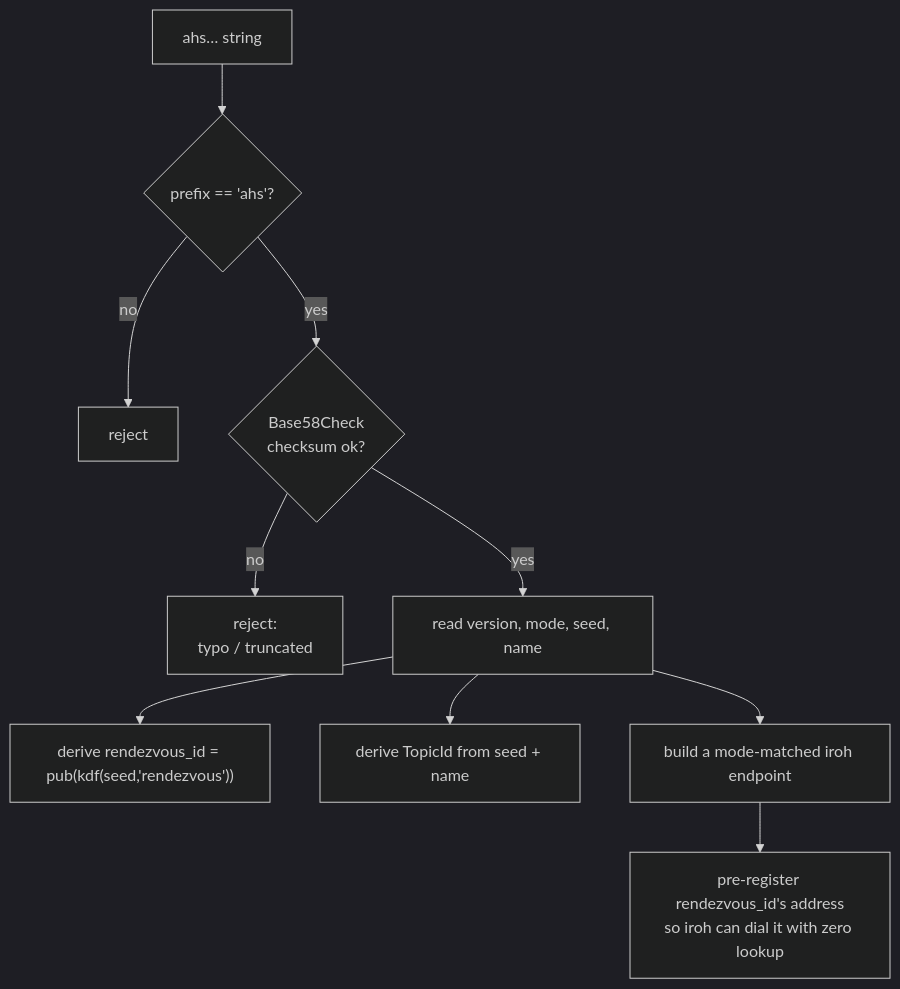
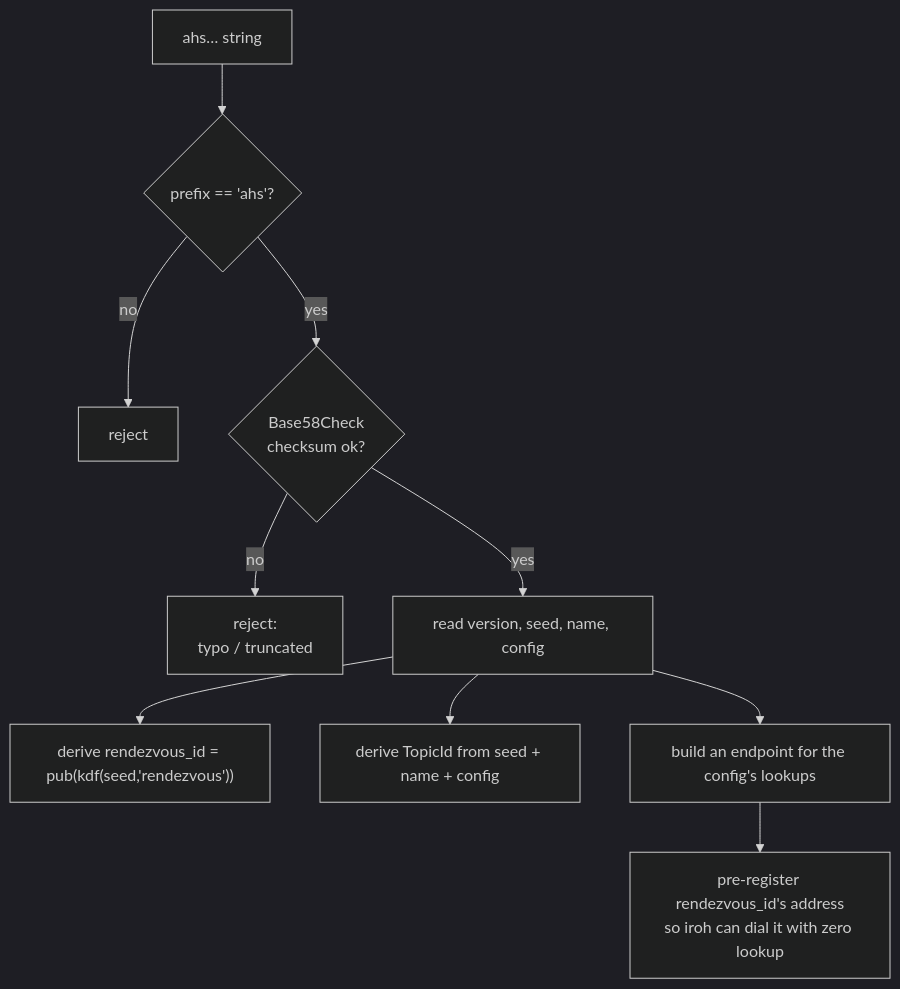
The second of 6 diagrams in docs/discovery.md (agent-habilis/agent-gossip), drawn with Mermaid (dark theme) before and after one commit. The commit also changed other lines of this file and 31 other files, not shown here.

````diff
--- a/docs/discovery.md
+++ b/docs/discovery.md
@@ -110,13 +94,13 @@
 ```mermaid
 flowchart TB
     S["ahs… string"]
     S --> A{"prefix == 'ahs'?"}
     A -->|no| X1[reject]
     A -->|yes| B{"Base58Check<br/>checksum ok?"}
     B -->|no| X2["reject:<br/>typo / truncated"]
-    B -->|yes| C["read version, mode, seed, name"]
+    B -->|yes| C["read version, seed, name, config"]
     C --> D["derive rendezvous_id = pub(kdf(seed,'rendezvous'))"]
-    C --> E["derive TopicId from seed + name"]
-    C --> F["build a mode-matched iroh endpoint"]
+    C --> E["derive TopicId from seed + name + config"]
+    C --> F["build an endpoint for the config's lookups"]
     F --> G["pre-register rendezvous_id's address<br/>so iroh can dial it with zero lookup"]
 ```
````
